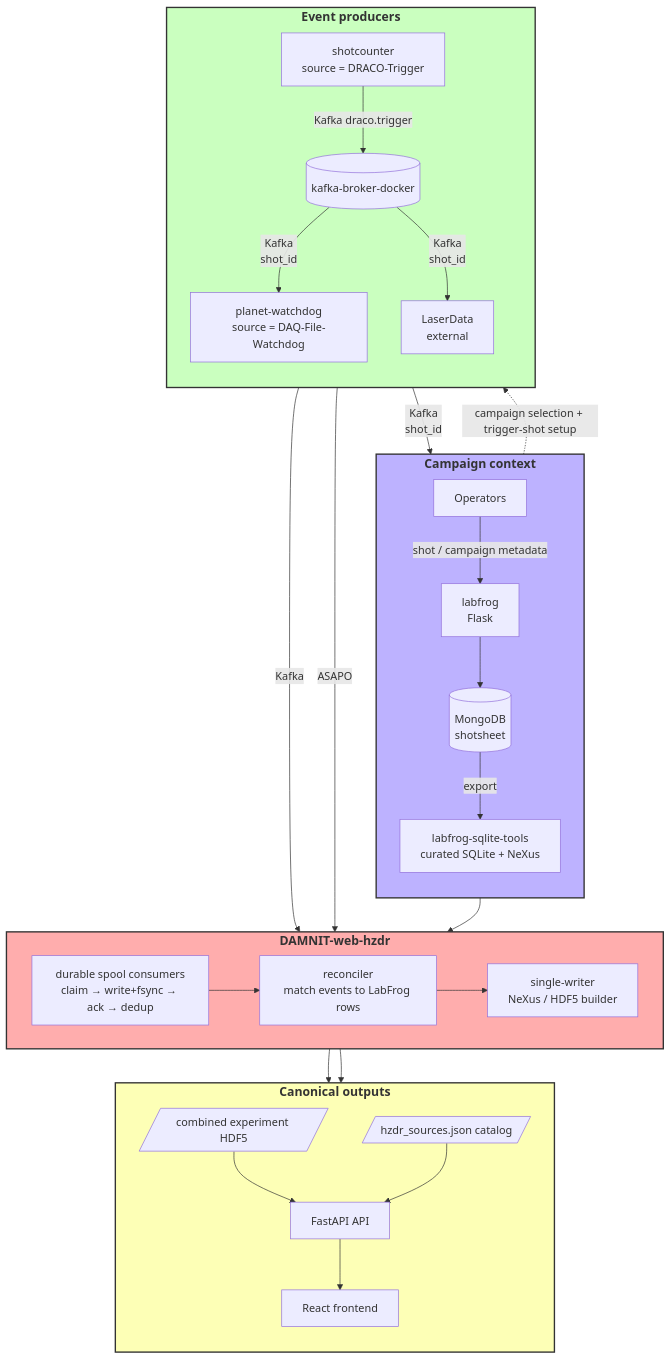
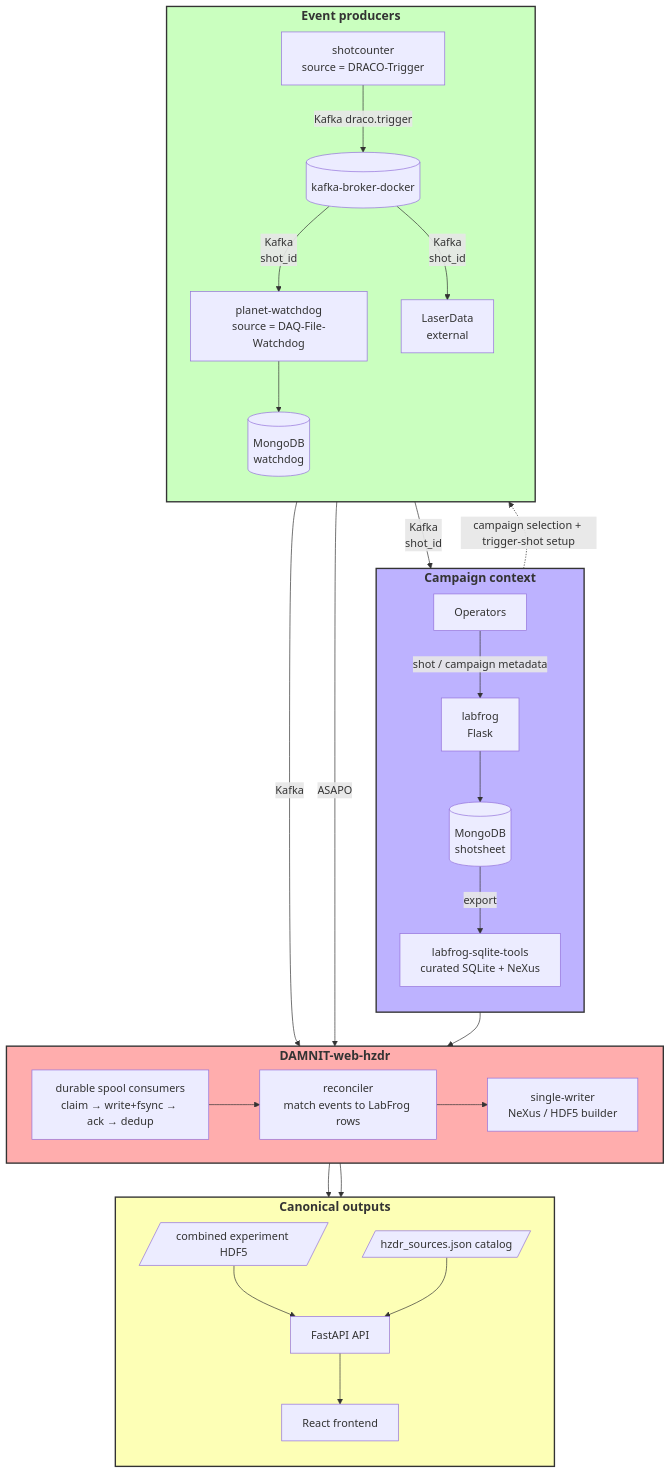
The diagram in docs/system-overview.md (European-XFEL/DAMNIT-web), drawn with Mermaid before and after one commit. The commit also changed 1 other file, not shown here.

Commit message:
clean up docs and fix testing

````diff
--- a/docs/system-overview.md
+++ b/docs/system-overview.md
@@ -37,58 +37,58 @@
 ```mermaid
 flowchart TD
     subgraph Context [Campaign context]
         direction TB
         OP[Operators] -->|shot / campaign metadata| LF[labfrog<br/>Flask]
         LF --> MDB[(MongoDB<br/>shotsheet)]
         MDB -->|export| LST[labfrog-sqlite-tools<br/>curated SQLite + NeXus]
     end
 
     style Context fill:#BDB2FF,stroke:#333,stroke-width:2px
 
     subgraph Producers [Event producers]
         direction TB
         SC[shotcounter<br/>source = DRACO-Trigger] -->|Kafka draco.trigger| KB[(kafka-broker-docker)]
-        KB -->|Kafka<br/>shot_id| PW[planet-watchdog<br/>source = DAQ-File-Watchdog]
+        KB -->|Kafka<br/>shot_id| PW[planet-watchdog<br/>source = DAQ-File-Watchdog] --> MDB2[(MongoDB<br/>watchdog)]
         KB -->|Kafka<br/>shot_id| LD[LaserData<br/>external]
     end
 
     style Producers fill:#CAFFBF,stroke:#333,stroke-width:2px
 
     subgraph DW [DAMNIT-web-hzdr]
         direction LR
         SPOOL["durable spool consumers<br/>claim → write+fsync → ack → dedup"]
         REC["reconciler<br/>match events to LabFrog rows"]
         BLD["single-writer<br/>NeXus / HDF5 builder"]
         SPOOL --> REC --> BLD
     end
 
     style DW fill:#FFADAD,stroke:#333,stroke-width:2px
 
     subgraph Outputs [Canonical outputs]
         direction TB
         NX[/combined experiment HDF5/]
         CAT[/hzdr_sources.json catalog/]
         API[FastAPI API]
         FE[React frontend]
         NX --> API
         CAT --> API
         API --> FE
     end
 
     style Outputs fill:#FDFFB6,stroke:#333,stroke-width:2px
 
     classDef customTitle font-size: 18px, font-weight: bold, fill: transparent, stroke-width:0px;
     class Context customTitle;
     class Producers customTitle;
     class Outputs customTitle;
     class DW customTitle;
 
     KB -->|Kafka<br/>shot_id| LF
     OP -.->|campaign selection + trigger-shot setup| SC
     PW -->|Kafka| SPOOL
     LD -->|ASAPO| SPOOL
     LST --> REC
 
     BLD --> NX
     BLD --> CAT
 ```
````
